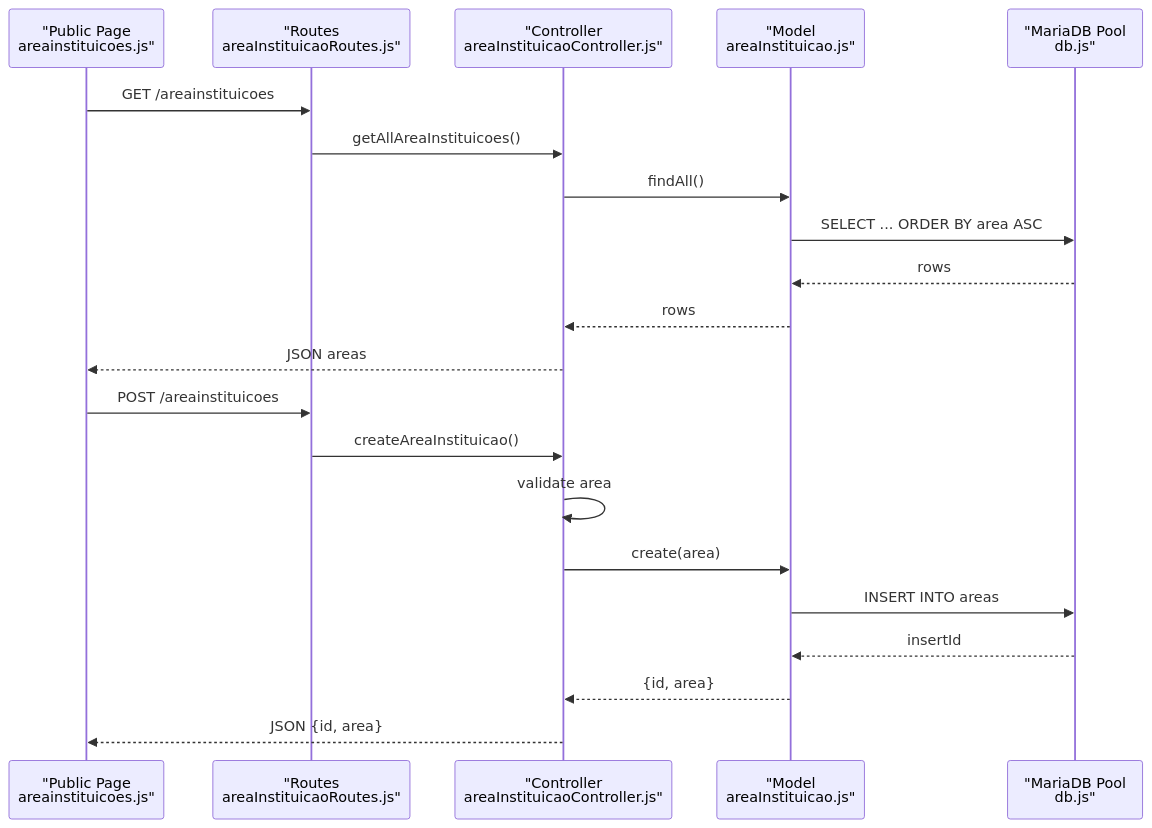
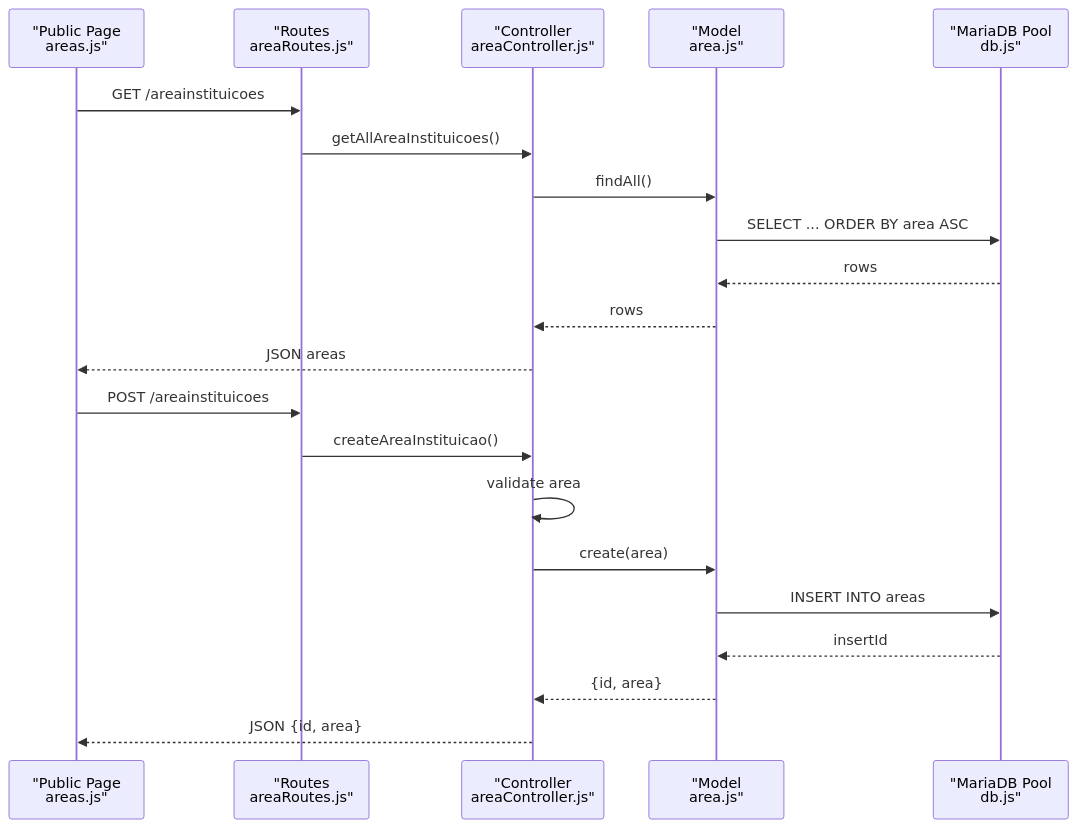
The second of 8 diagrams in .qoder/repowiki/en/content/Data Models & Database Design/Institutional Management Models.md (luiseduacosta/nodemural), drawn with Mermaid before and after one commit. The commit also changed other lines of this file and 25 other files, not shown here.

````diff
--- a/.qoder/repowiki/en/content/Data Models & Database Design/Institutional Management Models.md
+++ b/.qoder/repowiki/en/content/Data Models & Database Design/Institutional Management Models.md
@@ -207,23 +207,23 @@
 ```mermaid
 sequenceDiagram
-participant UI as "Public Page<br/>areainstituicoes.js"
-participant Router as "Routes<br/>areaInstituicaoRoutes.js"
-participant Ctrl as "Controller<br/>areaInstituicaoController.js"
-participant Model as "Model<br/>areaInstituicao.js"
+participant UI as "Public Page<br/>areas.js"
+participant Router as "Routes<br/>areaRoutes.js"
+participant Ctrl as "Controller<br/>areaController.js"
+participant Model as "Model<br/>area.js"
 participant DB as "MariaDB Pool<br/>db.js"
 UI->>Router : GET /areainstituicoes
 Router->>Ctrl : getAllAreaInstituicoes()
 Ctrl->>Model : findAll()
 Model->>DB : SELECT ... ORDER BY area ASC
 DB-->>Model : rows
 Model-->>Ctrl : rows
 Ctrl-->>UI : JSON areas
 UI->>Router : POST /areainstituicoes
 Router->>Ctrl : createAreaInstituicao()
 Ctrl->>Ctrl : validate area
 Ctrl->>Model : create(area)
 Model->>DB : INSERT INTO areas
 DB-->>Model : insertId
 Model-->>Ctrl : {id, area}
 Ctrl-->>UI : JSON {id, area}
 ```
````
